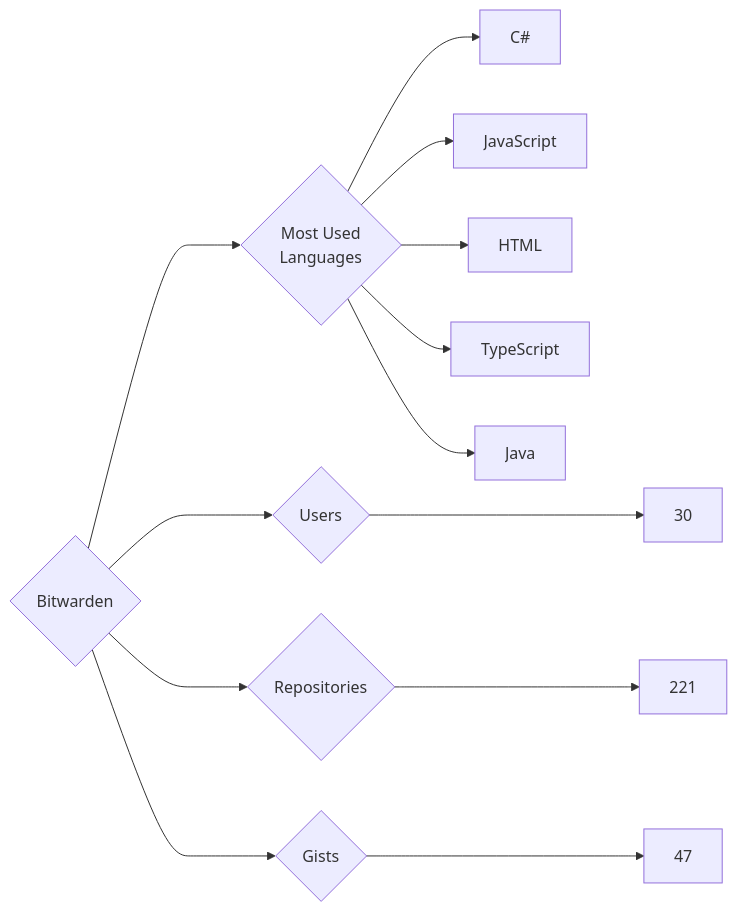
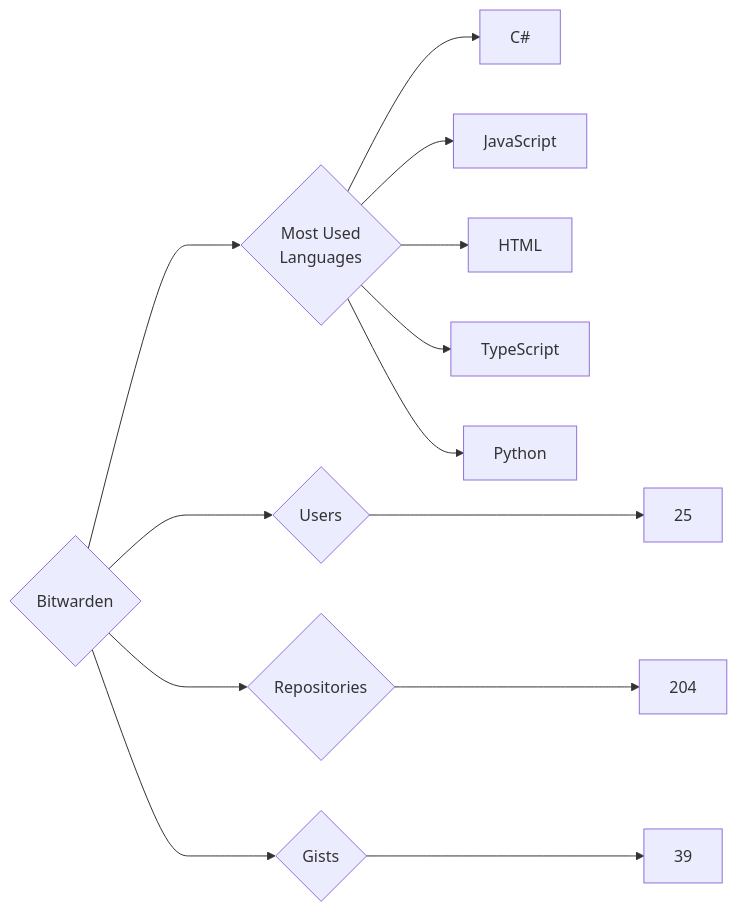
The diagram in targets/Bitwarden/README.md (trickest/insiders), drawn with Mermaid before and after one commit. The commit also changed 757 other files, not shown here.

````diff
--- a/targets/Bitwarden/README.md
+++ b/targets/Bitwarden/README.md
@@ -3,13 +3,13 @@
 ```mermaid
 graph LR
 COMPANY_NAME{Bitwarden}
-COMPANY_NAME ---> U{Users} ---> UN[30]
-COMPANY_NAME ---> R{Repositories} ---> RN[221]
-COMPANY_NAME ---> G{Gists} ---> GN[47]
+COMPANY_NAME ---> U{Users} ---> UN[25]
+COMPANY_NAME ---> R{Repositories} ---> RN[204]
+COMPANY_NAME ---> G{Gists} ---> GN[39]
 COMPANY_NAME ---> ML{Most Used<br>Languages}
 ML --> C#[C#]
 ML --> JavaScript[JavaScript]
 ML --> HTML[HTML]
 ML --> TypeScript[TypeScript]
-ML --> Java[Java]
+ML --> Python[Python]
 ```
````
